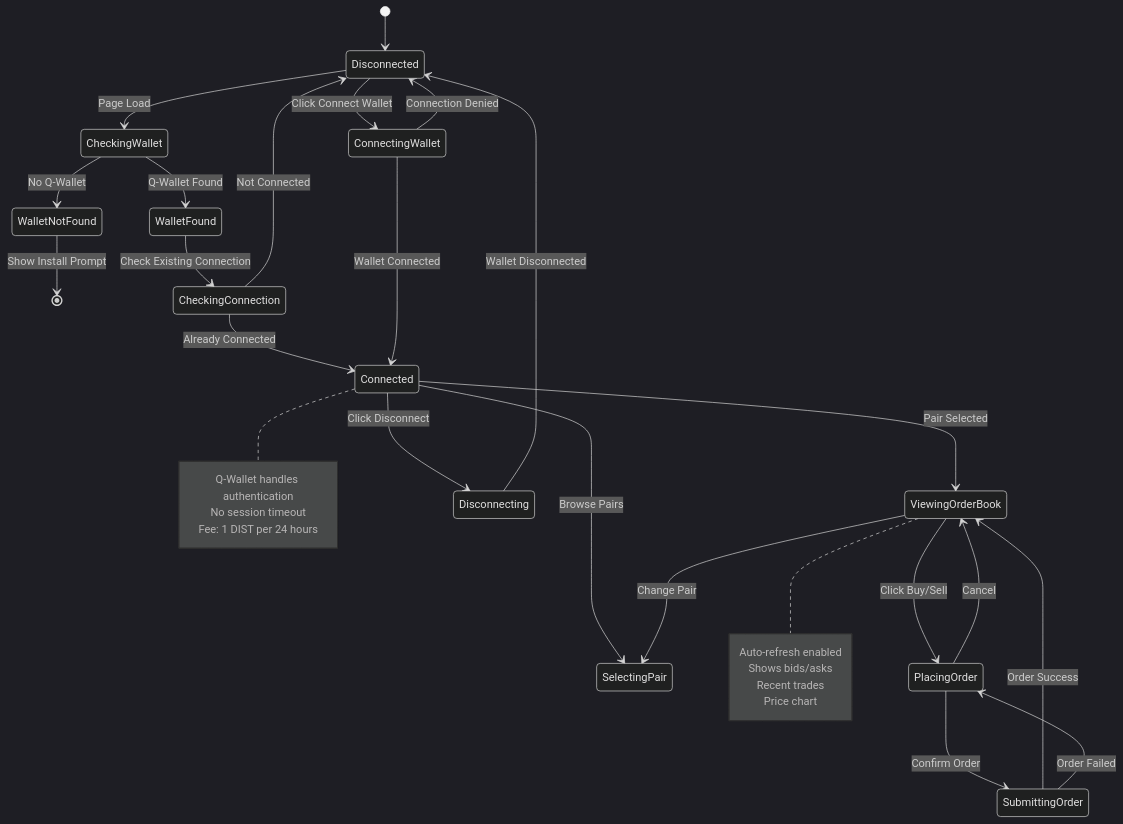
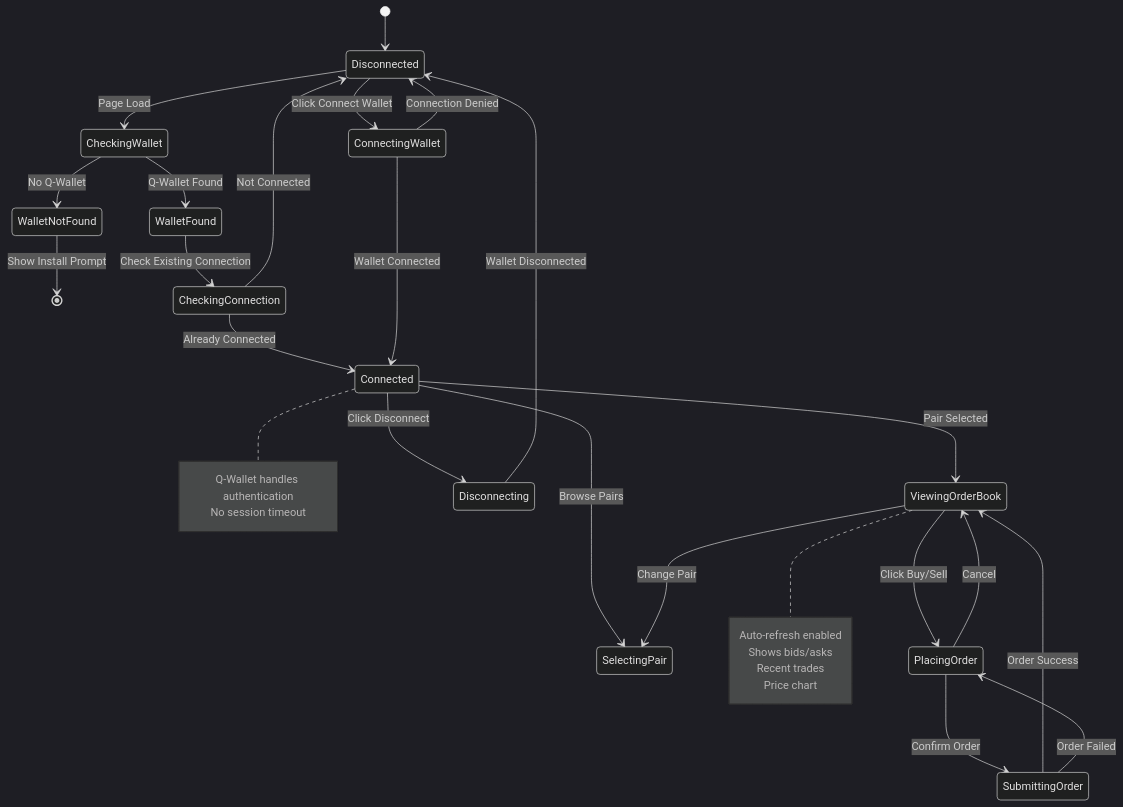
Before and after one commit to AkstonCap/distordia_com: the first of 10 diagrams in STATE_MACHINES.md, drawn with Mermaid (dark theme). The commit also changed other lines of this file, not shown here.

````diff
--- a/STATE_MACHINES.md
+++ b/STATE_MACHINES.md
@@ -7,46 +7,45 @@
 ```mermaid
 stateDiagram-v2
     [*] --> Disconnected
     
     Disconnected --> CheckingWallet: Page Load
     CheckingWallet --> WalletNotFound: No Q-Wallet
     CheckingWallet --> WalletFound: Q-Wallet Found
     
     WalletNotFound --> [*]: Show Install Prompt
     
     WalletFound --> CheckingConnection: Check Existing Connection
     CheckingConnection --> Connected: Already Connected
     CheckingConnection --> Disconnected: Not Connected
     
     Disconnected --> ConnectingWallet: Click Connect Wallet
     ConnectingWallet --> Disconnected: Connection Denied
     ConnectingWallet --> Connected: Wallet Connected
     
     Connected --> SelectingPair: Browse Pairs
     Connected --> ViewingOrderBook: Pair Selected
     
     ViewingOrderBook --> SelectingPair: Change Pair
     ViewingOrderBook --> PlacingOrder: Click Buy/Sell
     
     PlacingOrder --> ViewingOrderBook: Cancel
     PlacingOrder --> SubmittingOrder: Confirm Order
     
     SubmittingOrder --> ViewingOrderBook: Order Success
     SubmittingOrder --> PlacingOrder: Order Failed
     
     Connected --> Disconnecting: Click Disconnect
     Disconnecting --> Disconnected: Wallet Disconnected
     
     note right of Connected
         Q-Wallet handles authentication
         No session timeout
-        Fee: 1 DIST per 24 hours
     end note
     
     note right of ViewingOrderBook
         Auto-refresh enabled
         Shows bids/asks
         Recent trades
         Price chart
     end note
 ```
````
